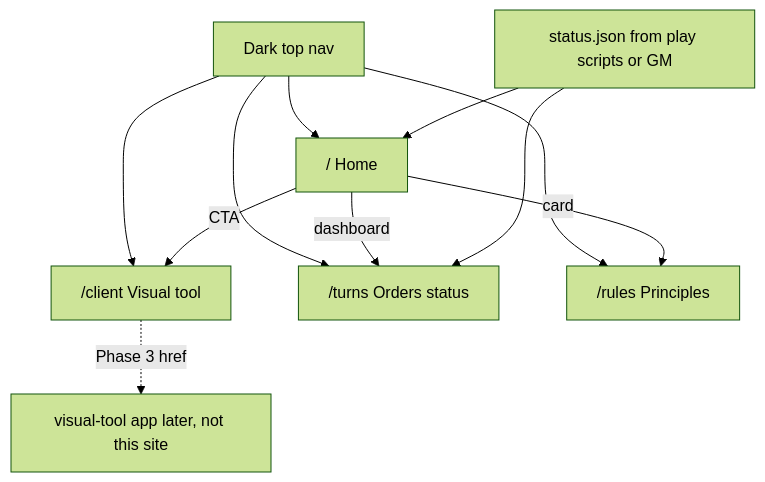
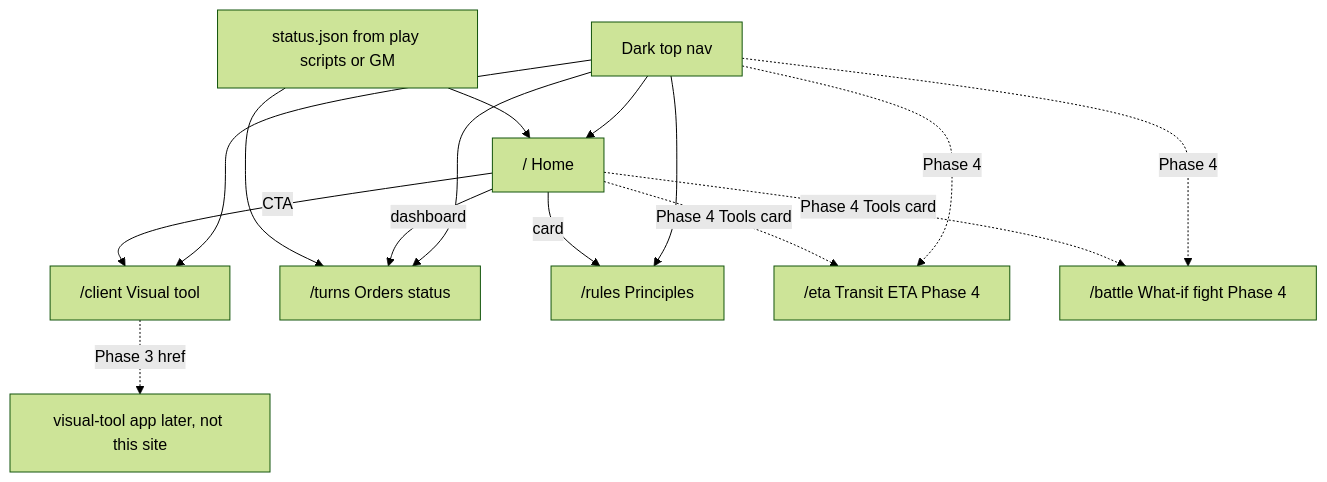
The diagram in architecture/delivery/website.md (sentinemodo/SpaceAge-2024), drawn with Mermaid (forest theme) before and after one commit. The commit also changed other lines of this file and 22 other files, not shown here.

````diff
--- a/architecture/delivery/website.md
+++ b/architecture/delivery/website.md
@@ -94,20 +104,26 @@
 ```mermaid
 flowchart TD
   nav[Dark top nav]
   home["/ Home"]
   client["/client Visual tool"]
   turns["/turns Orders status"]
   rules["/rules Principles"]
+  eta["/eta Transit ETA Phase 4"]
+  battle["/battle What-if fight Phase 4"]
   nav --> home
   nav --> client
   nav --> turns
   nav --> rules
+  nav -.->|Phase 4| eta
+  nav -.->|Phase 4| battle
   home -->|CTA| client
   home -->|dashboard| turns
   home -->|card| rules
+  home -.->|Phase 4 Tools card| eta
+  home -.->|Phase 4 Tools card| battle
   statusJson["status.json from play scripts or GM"]
   statusJson --> home
   statusJson --> turns
   visual["visual-tool app later, not this site"]
   client -.->|Phase 3 href| visual
 ```
````
